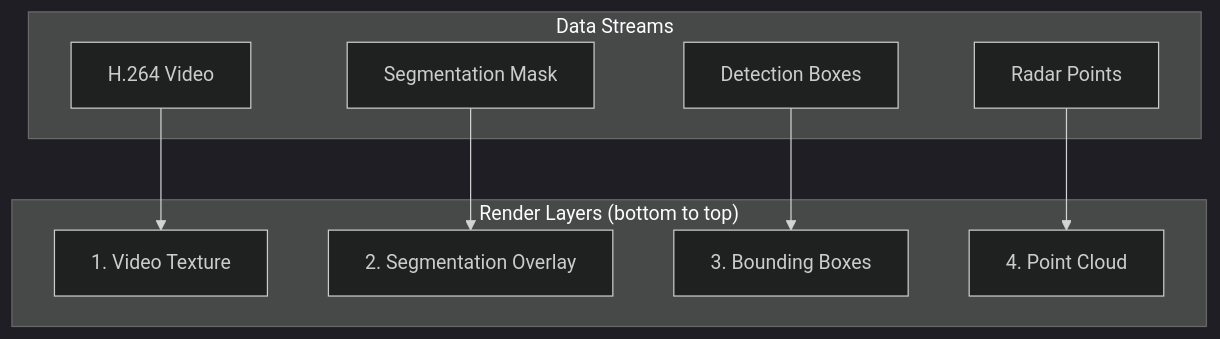
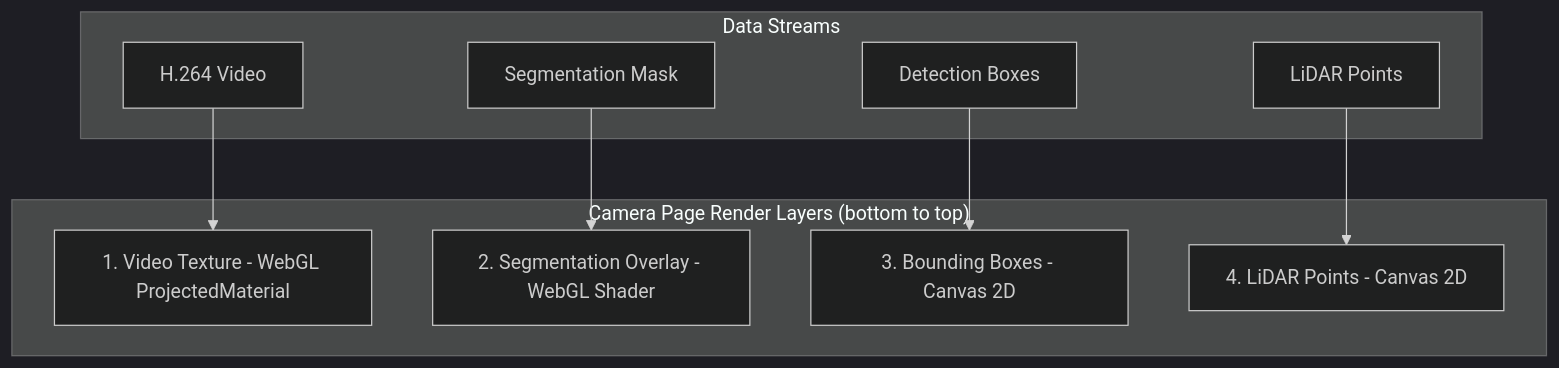
Before and after one commit to EdgeFirstAI/webui: the fourth of 6 diagrams in ARCHITECTURE.md, drawn with Mermaid (dark theme). The commit also changed other lines of this file and 17 other files, not shown here.

````diff
--- a/ARCHITECTURE.md
+++ b/ARCHITECTURE.md
@@ -178,21 +188,21 @@
 ```mermaid
 flowchart TB
     subgraph Streams["Data Streams"]
         H264[H.264 Video]
         MASK[Segmentation Mask]
         BOXES[Detection Boxes]
-        RADAR[Radar Points]
+        LIDAR[LiDAR Points]
     end
 
-    subgraph Rendering["Render Layers (bottom to top)"]
-        L1[1. Video Texture]
-        L2[2. Segmentation Overlay]
-        L3[3. Bounding Boxes]
-        L4[4. Point Cloud]
+    subgraph Rendering["Camera Page Render Layers (bottom to top)"]
+        L1[1. Video Texture - WebGL ProjectedMaterial]
+        L2[2. Segmentation Overlay - WebGL Shader]
+        L3[3. Bounding Boxes - Canvas 2D]
+        L4[4. LiDAR Points - Canvas 2D]
     end
 
     H264 --> L1
     MASK --> L2
     BOXES --> L3
-    RADAR --> L4
+    LIDAR --> L4
 ```
````
